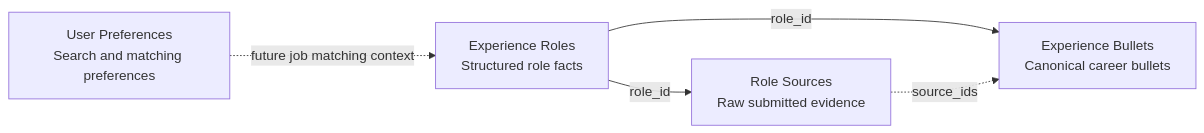
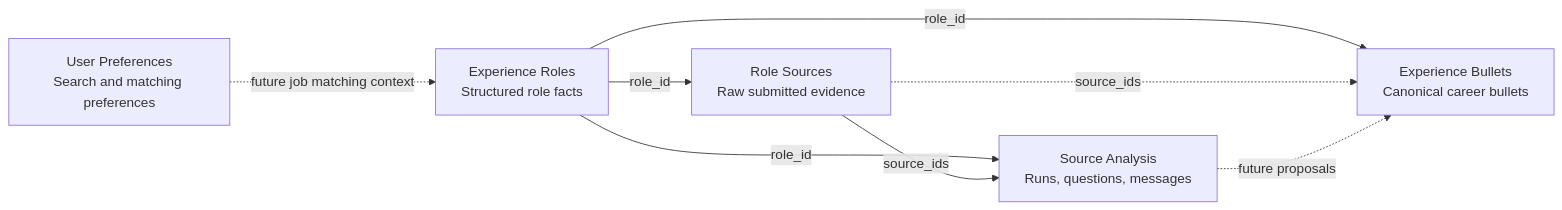
One commit to rsauers0/career-agent changed the first of 5 diagrams in docs/diagrams.md. Above: the diagram before and after it, drawn with Mermaid. The commit also changed other lines of this file and 6 other files, not shown here.

First line of the commit message:
Add source analysis models

````diff
--- a/docs/diagrams.md
+++ b/docs/diagrams.md
@@ -9,13 +9,17 @@
 ```mermaid
 flowchart LR
     UserPreferences["User Preferences<br/>Search and matching preferences"]
     ExperienceRoles["Experience Roles<br/>Structured role facts"]
     RoleSources["Role Sources<br/>Raw submitted evidence"]
+    SourceAnalysis["Source Analysis<br/>Runs, questions, messages"]
     ExperienceBullets["Experience Bullets<br/>Canonical career bullets"]
 
     ExperienceRoles -->|"role_id"| RoleSources
+    ExperienceRoles -->|"role_id"| SourceAnalysis
+    RoleSources -->|"source_ids"| SourceAnalysis
     ExperienceRoles -->|"role_id"| ExperienceBullets
     RoleSources -. "source_ids" .-> ExperienceBullets
+    SourceAnalysis -. "future proposals" .-> ExperienceBullets
 
     UserPreferences -. "future job matching context" .-> ExperienceRoles
 ```
````
